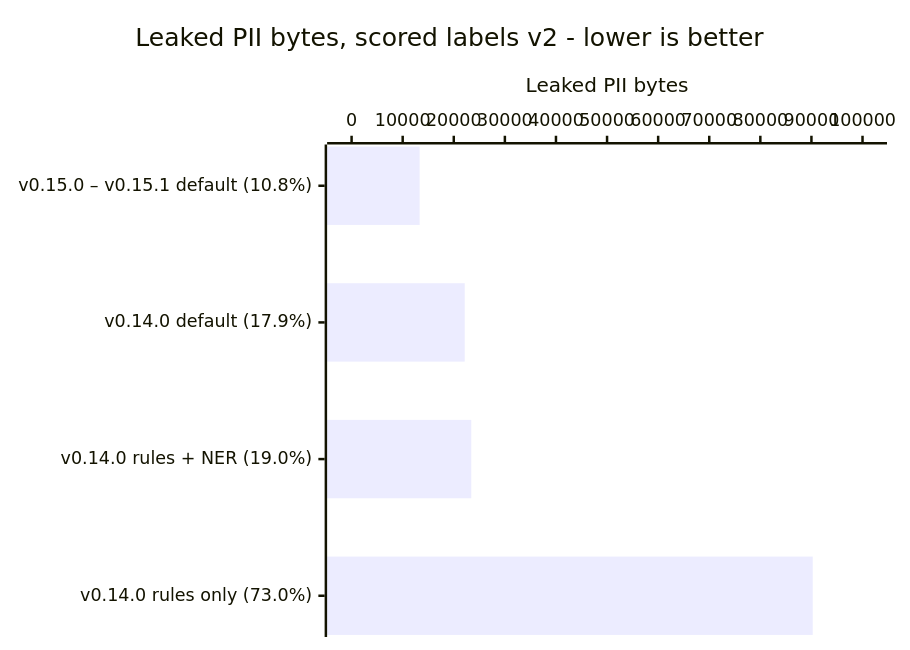
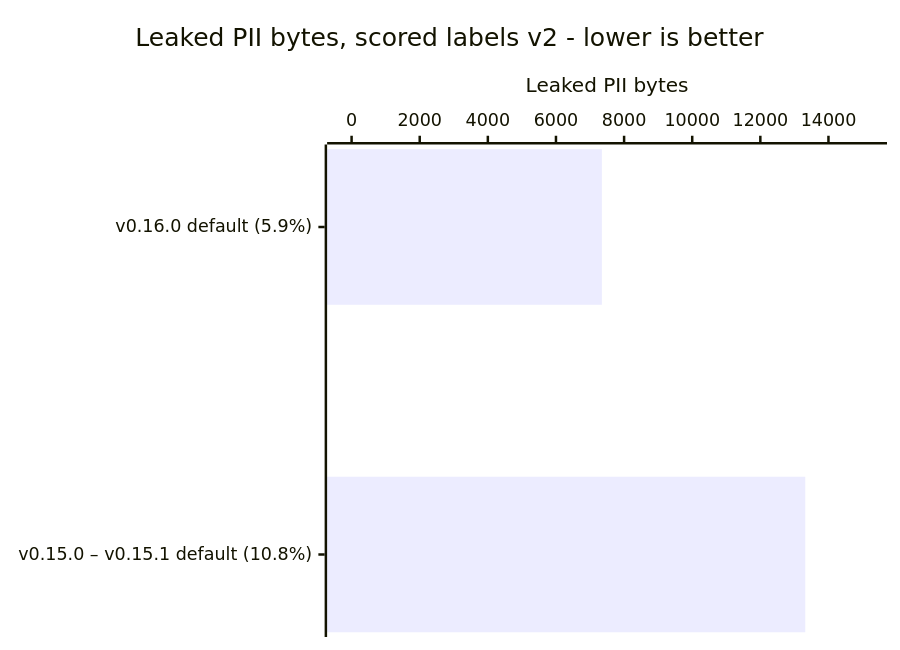
The fourth of 9 diagrams in docs/reference/benchmarks/README.md (CertaMesh/gaze), drawn with Mermaid before and after one commit. The commit also changed other lines of this file and 7 other files, not shown here.

````diff
--- a/docs/reference/benchmarks/README.md
+++ b/docs/reference/benchmarks/README.md
@@ -486,7 +486,7 @@
 ```mermaid
 xychart-beta horizontal
     title "Leaked PII bytes, scored labels v2 - lower is better"
-    x-axis ["v0.15.0 – v0.15.1 default (10.8%)", "v0.14.0 default (17.9%)", "v0.14.0 rules + NER (19.0%)", "v0.14.0 rules only (73.0%)"]
-    y-axis "Leaked PII bytes" 0 --> 100000
-    bar [13319, 22144, 23428, 90253]
+    x-axis ["v0.16.0 default (5.9%)", "v0.15.0 – v0.15.1 default (10.8%)"]
+    y-axis "Leaked PII bytes" 0 --> 15000
+    bar [7348, 13319]
 ```
````
